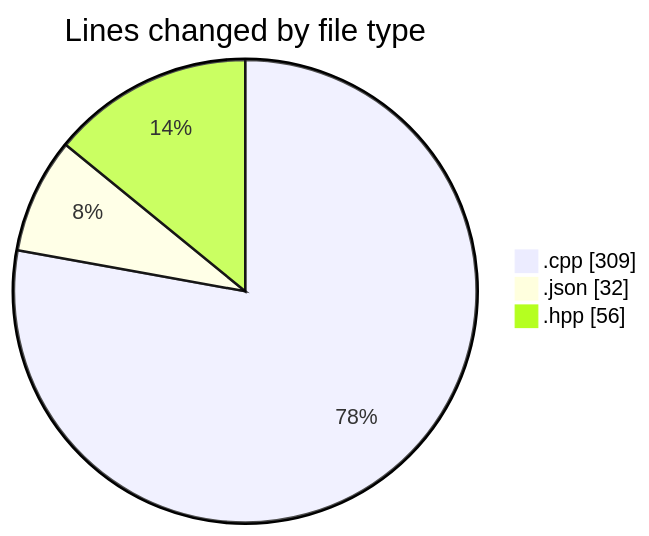
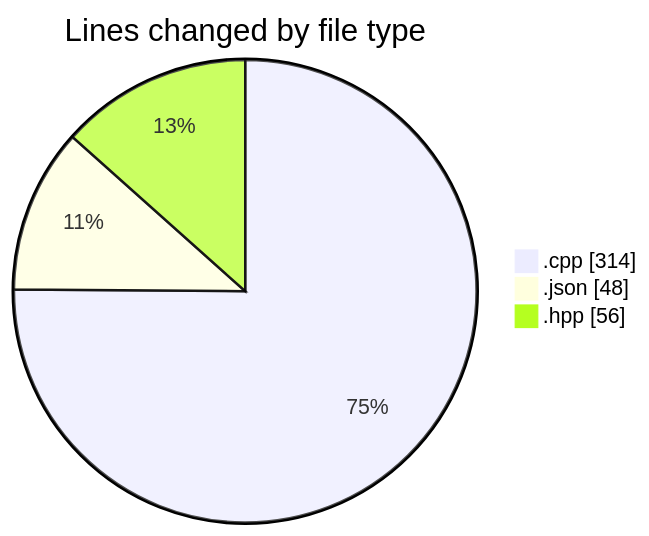
One commit to Netris89/code-tracking changed the first of 2 diagrams in 2025-04-28/date/README.md. Above: the diagram before and after it, drawn with Mermaid. The commit also changed other lines of this file and 1 other file, not shown here.

````diff
--- a/2025-04-28/date/README.md
+++ b/2025-04-28/date/README.md
@@ -22,7 +22,7 @@
 ```mermaid
 pie showData
 title Lines changed by file type
-".cpp" : 309
-".json" : 32
+".cpp" : 314
+".json" : 48
 ".hpp" : 56
 ```
````
